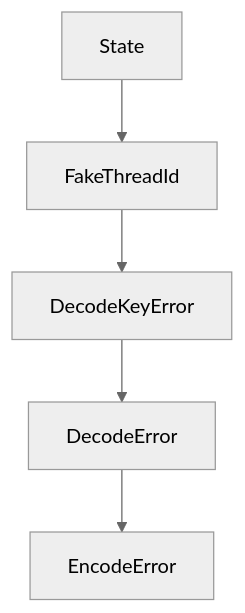
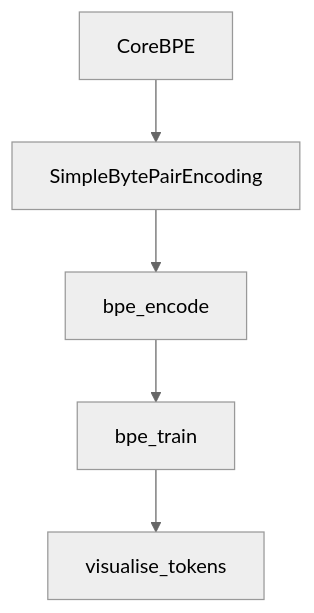
Before and after one commit to johnxie/awesome-code-docs: the diagram in tutorials/tiktoken-tutorial/04-educational-module.md, drawn with Mermaid (neutral theme). The commit also changed other lines of this file and 1232 other files, not shown here.

````diff
--- a/tutorials/tiktoken-tutorial/04-educational-module.md
+++ b/tutorials/tiktoken-tutorial/04-educational-module.md
@@ -270,12 +268,12 @@
 ```mermaid
 flowchart TD
-    A[State]
-    B[FakeThreadId]
-    C[DecodeKeyError]
-    D[DecodeError]
-    E[EncodeError]
+    A[CoreBPE]
+    B[SimpleBytePairEncoding]
+    C[bpe_encode]
+    D[bpe_train]
+    E[visualise_tokens]
     A --> B
     B --> C
     C --> D
     D --> E
 ```
````
